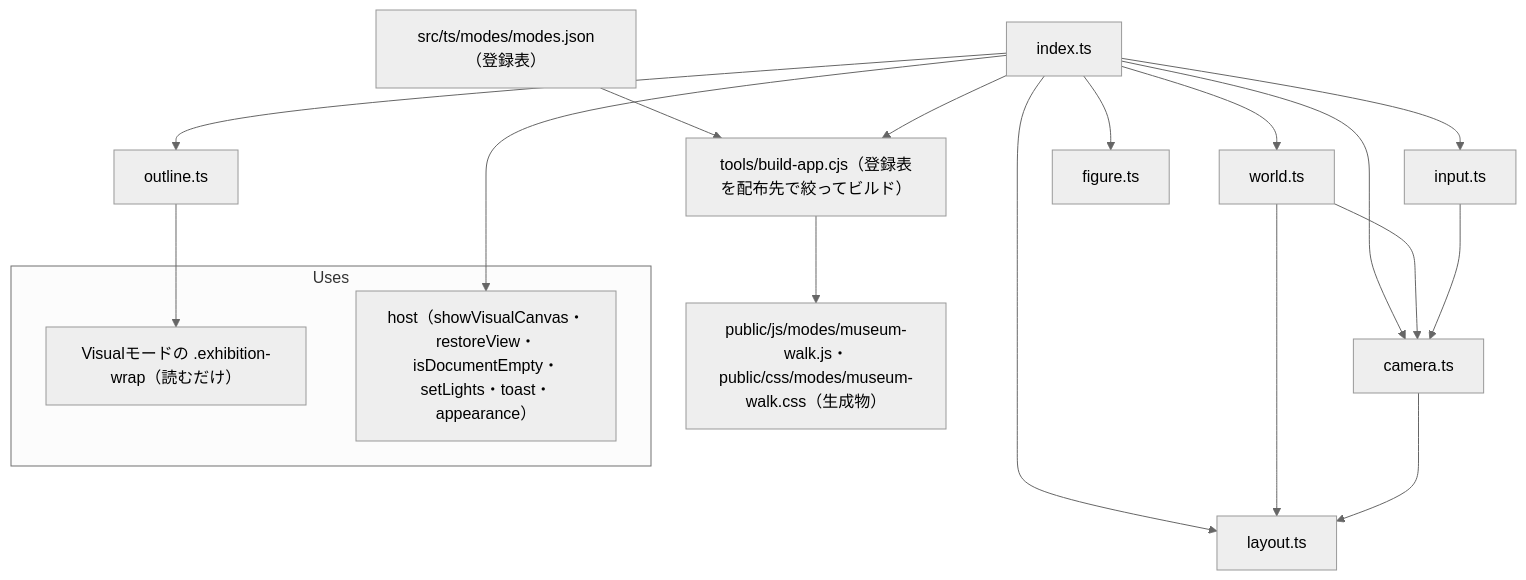
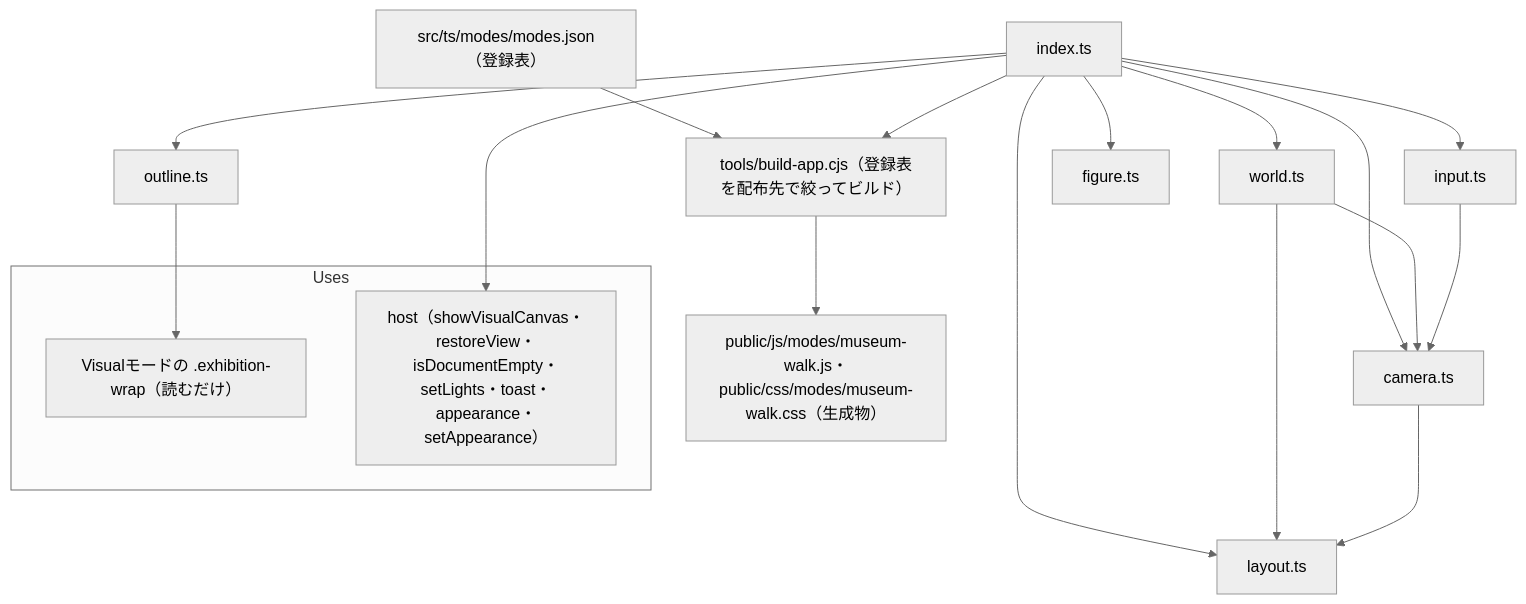
One commit to prankster-freedom/Lucivo changed the diagram in doc/3.implementation/js/modes/museum-walk.md. Above: the diagram before and after it, drawn with Mermaid (neutral theme). The commit also changed other lines of this file and 4 other files, not shown here.

First line of the commit message:
doc(museum-walk): 小部屋寸法・カメラワーク・外観追従図板の仕様とテスト仕様を更新する

````diff
--- a/doc/3.implementation/js/modes/museum-walk.md
+++ b/doc/3.implementation/js/modes/museum-walk.md
@@ -26,26 +26,26 @@
 ```mermaid
 flowchart TD
   reg["src/ts/modes/modes.json（登録表）"]
   build["tools/build-app.cjs（登録表を配布先で絞ってビルド）"]
   idx["index.ts"]
   reg --> build
   idx --> build
   out["public/js/modes/museum-walk.js・public/css/modes/museum-walk.css（生成物）"]
   build --> out
   idx --> outline["outline.ts"]
   idx --> layoutTs["layout.ts"]
   idx --> world["world.ts"]
   idx --> input["input.ts"]
   idx --> figure["figure.ts"]
   idx --> camera["camera.ts"]
   world --> layoutTs
   world --> camera
   input --> camera
   camera --> layoutTs
   subgraph Uses
     vis["Visualモードの .exhibition-wrap（読むだけ）"]
-    host["host（showVisualCanvas・restoreView・isDocumentEmpty・setLights・toast・appearance）"]
+    host["host（showVisualCanvas・restoreView・isDocumentEmpty・setLights・toast・appearance・setAppearance）"]
   end
   outline --> vis
   idx --> host
 ```
````
